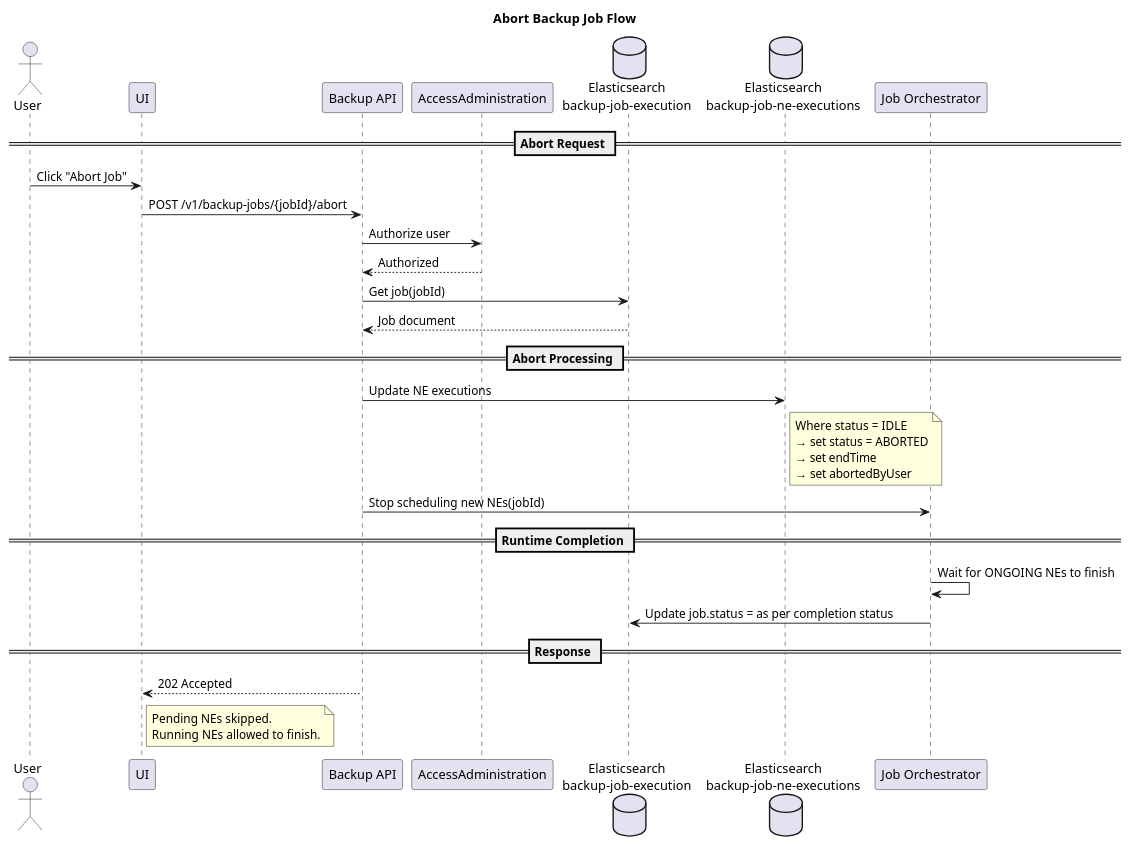
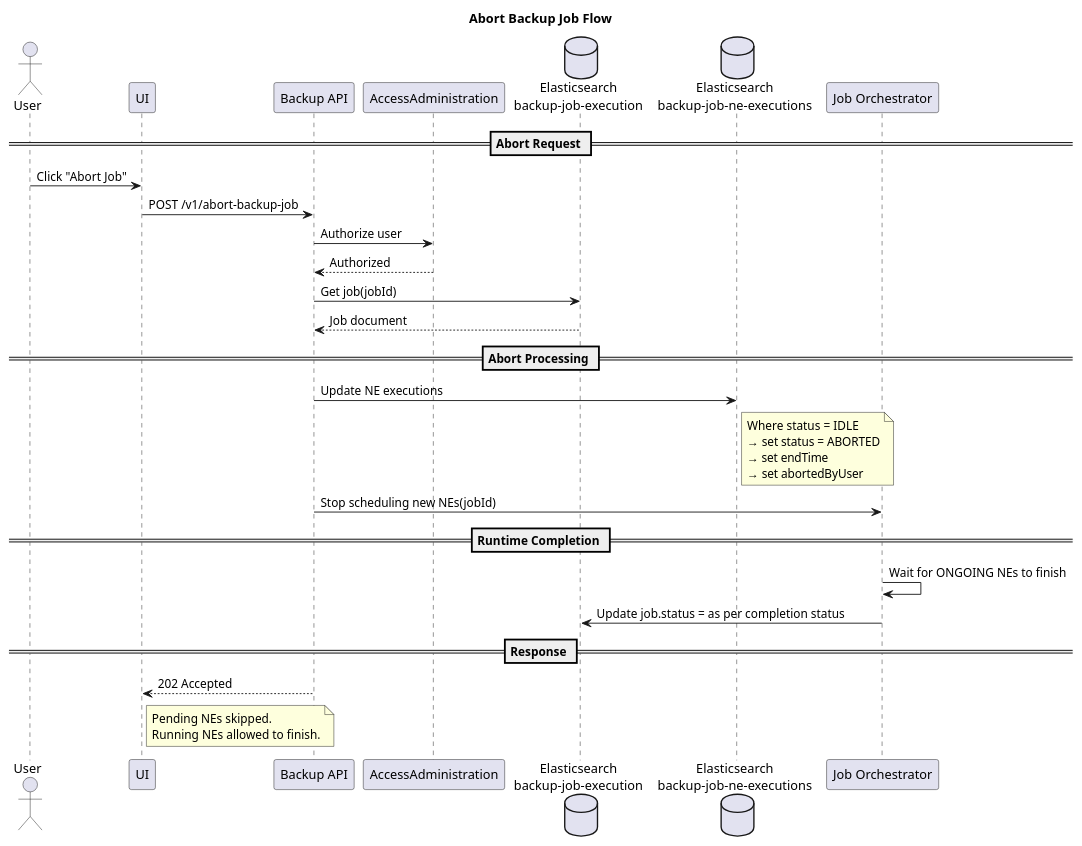
Before and after one commit to openBackhaul/_BackupAndRestore: the diagram in spec/diagrams/AbortBackupJob/AbortBackupJobPlantuml.plantuml, drawn with PlantUML. The commit also changed 17 other files, not shown here.

Commit message:
Modify Diagrams

```diff
--- a/spec/diagrams/AbortBackupJob/AbortBackupJobPlantuml.plantuml
+++ b/spec/diagrams/AbortBackupJob/AbortBackupJobPlantuml.plantuml
@@ -1,49 +1,49 @@
 @startuml
 title Abort Backup Job Flow
 
 actor User
 participant UI
 participant "Backup API" as API
 participant "AccessAdministration" as Auth
 database "Elasticsearch\nbackup-job-execution" as JobES
 database "Elasticsearch\nbackup-job-ne-executions" as NEES
 participant "Job Orchestrator" as Orchestrator
 
 == Abort Request ==
 
 User -> UI : Click "Abort Job"
-UI -> API : POST /v1/backup-jobs/{jobId}/abort
+UI -> API : POST /v1/abort-backup-job
 
 API -> Auth : Authorize user
 Auth --> API : Authorized
 
 API -> JobES : Get job(jobId)
 JobES --> API : Job document
 
 == Abort Processing ==
 
 
 API -> NEES : Update NE executions
 note right of NEES
 Where status = IDLE
 → set status = ABORTED
 → set endTime
 → set abortedByUser
 end note
 
 API -> Orchestrator : Stop scheduling new NEs(jobId)
 
 == Runtime Completion ==
 
 Orchestrator -> Orchestrator : Wait for ONGOING NEs to finish
 Orchestrator -> JobES : Update job.status = as per completion status
 
 == Response ==
 
 API --> UI : 202 Accepted
 note right of UI
 Pending NEs skipped.
 Running NEs allowed to finish.
 end note
 
 @enduml
```
